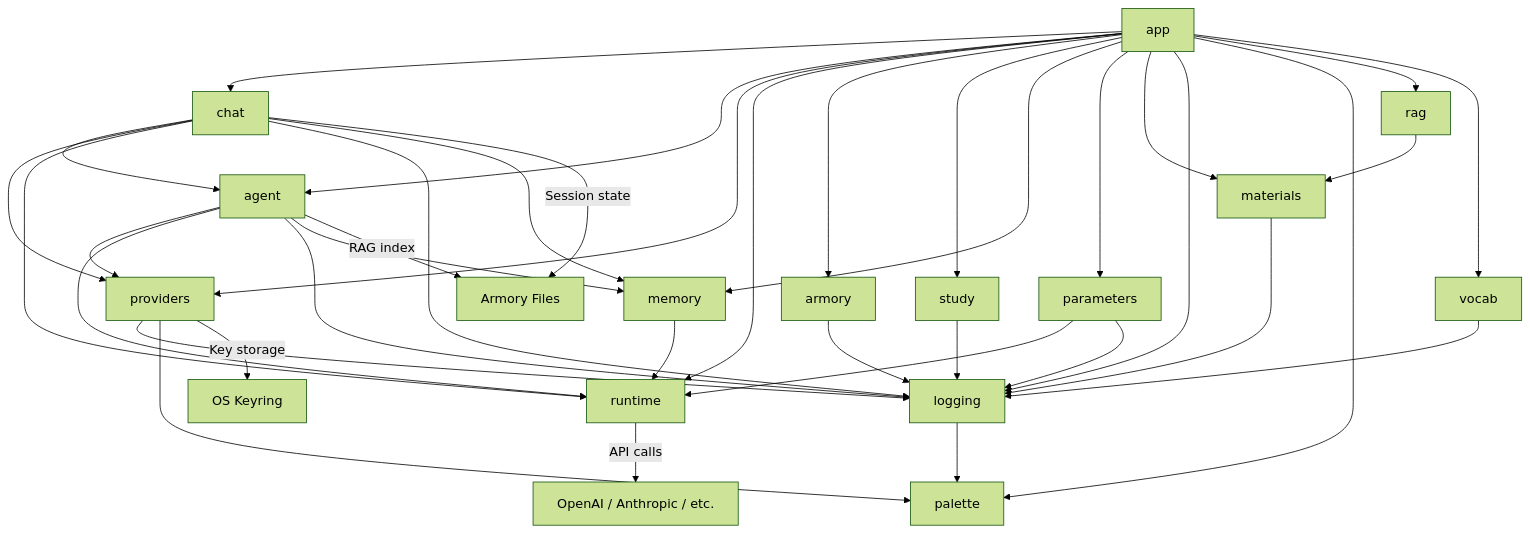
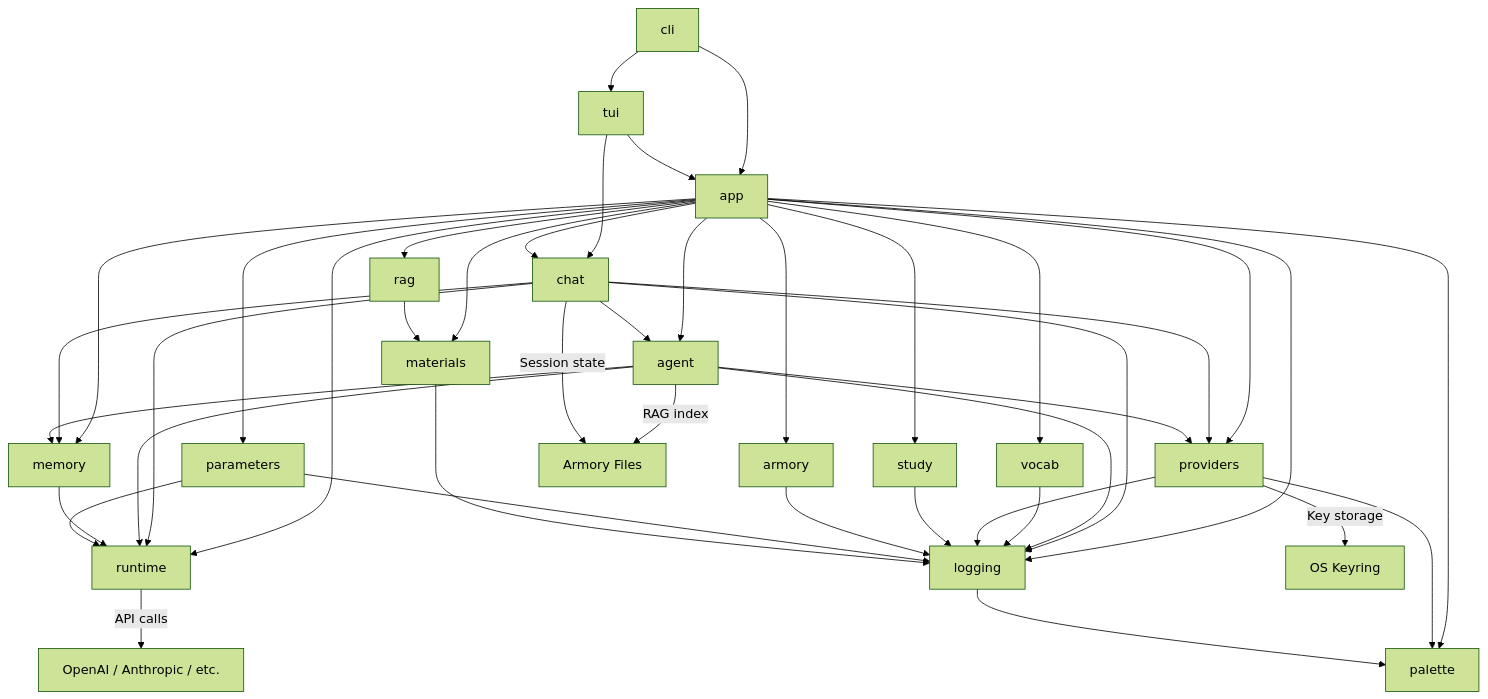
Before and after one commit to gildrb/heph: the first of 2 diagrams in docs/architecture.md, drawn with Mermaid (forest theme). The commit also changed other lines of this file and 20 other files, not shown here.

````diff
--- a/docs/architecture.md
+++ b/docs/architecture.md
@@ -24,53 +24,57 @@
 ```mermaid
 graph TD
-    App[app] --> Chat[chat]
+    CLI[cli] --> App[app]
+    CLI --> TUI[tui]
+    TUI --> App
+    TUI --> Chat[chat]
+    App[app] --> Chat
     App --> Agent[agent]
     App --> Providers[providers]
     App --> Runtime[runtime]
     App --> Armory[armory]
     App --> Study[study]
     App --> Memory[memory]
     App --> Parameters[parameters]
     App --> Materials[materials]
     App --> Logging[logging]
     App --> Palette[palette]
     App --> RAG[rag]
     App --> Vocab[vocab]
 
     Chat --> Agent
     Chat --> Providers
     Chat --> Runtime
     Chat --> Logging
     Chat --> Memory
 
     Agent --> Providers
     Agent --> Runtime
     Agent --> Logging
     Agent --> Memory
 
     Memory --> Runtime
     Parameters --> Runtime
 
     RAG --> Materials
 
     Vocab --> Logging
 
     Providers --> Logging
     Providers --> Palette
 
     Study --> Logging
 
     Armory --> Logging
 
     Parameters --> Logging
 
     Materials --> Logging
 
     Logging --> Palette
 
     Runtime -->|API calls| LLM[OpenAI / Anthropic / etc.]
     Providers -->|Key storage| Keyring[OS Keyring]
 
     Agent -->|RAG index| FileStore[Armory Files]
     Chat -->|Session state| FileStore
 ```
````
